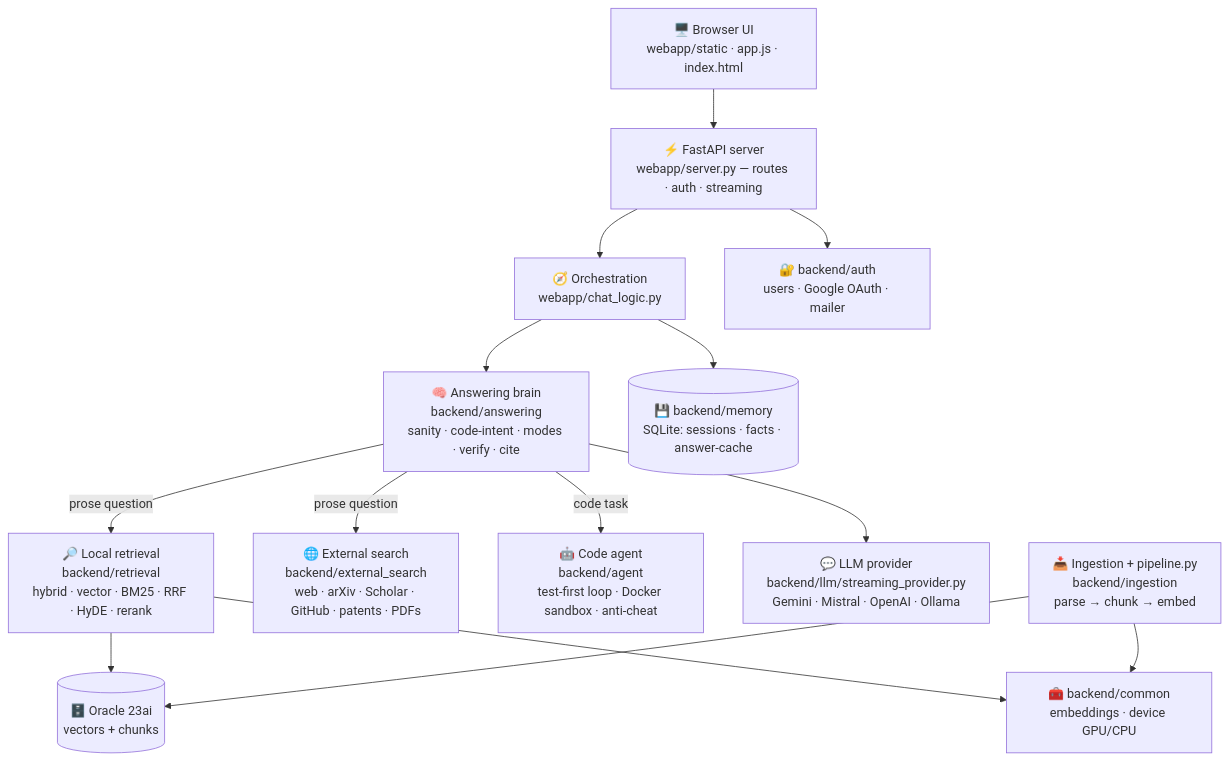
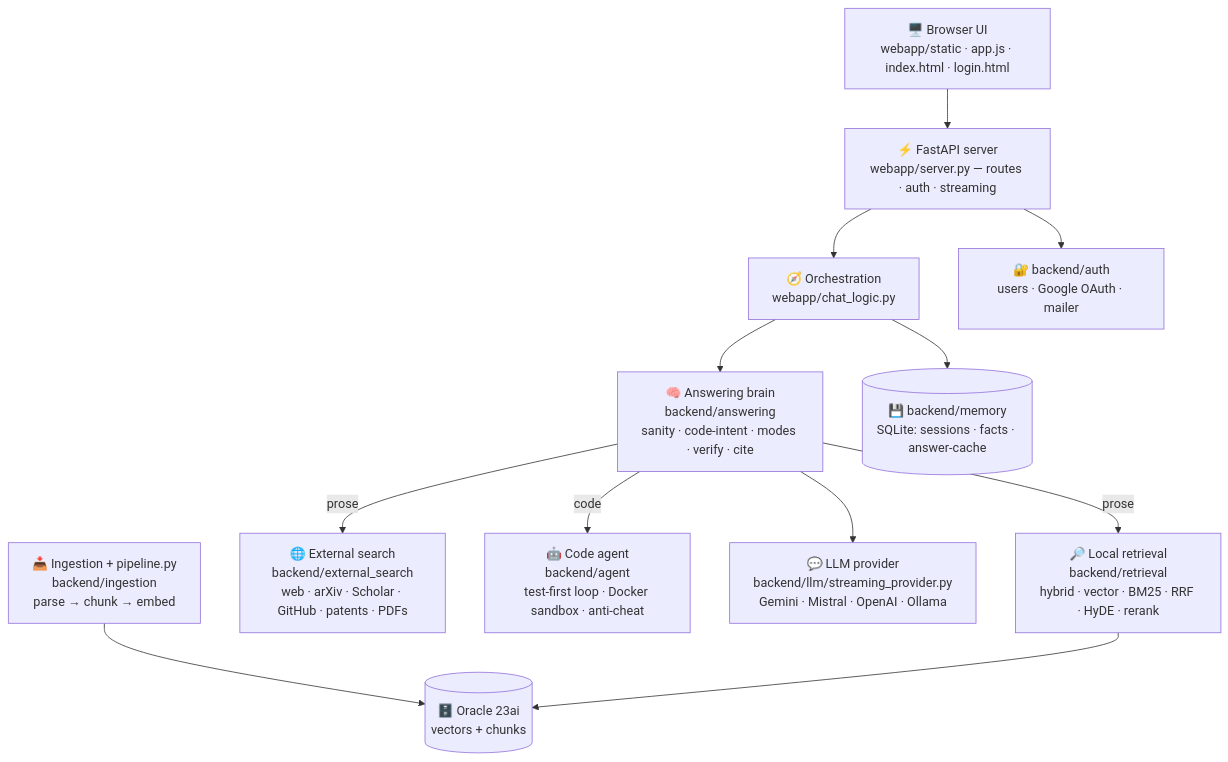
Before and after one commit to anistondeveloperteam-ANT/Audio-research-assistant: the second of 2 diagrams in README.md, drawn with Mermaid. The commit also changed other lines of this file and 21 other files, not shown here.

````diff
--- a/README.md
+++ b/README.md
@@ -264,16 +250,14 @@
 ```mermaid
 flowchart TD
-    UI["🖥️ Browser UI<br/>webapp/static · app.js · index.html"] --> SRV["⚡ FastAPI server<br/>webapp/server.py — routes · auth · streaming"]
+    UI["🖥️ Browser UI<br/>webapp/static · app.js · index.html · login.html"] --> SRV["⚡ FastAPI server<br/>webapp/server.py — routes · auth · streaming"]
     SRV --> ORC["🧭 Orchestration<br/>webapp/chat_logic.py"]
     ORC --> ANS["🧠 Answering brain<br/>backend/answering<br/>sanity · code-intent · modes · verify · cite"]
-    ANS -->|prose question| RET["🔎 Local retrieval<br/>backend/retrieval<br/>hybrid · vector · BM25 · RRF · HyDE · rerank"]
-    ANS -->|prose question| EXT["🌐 External search<br/>backend/external_search<br/>web · arXiv · Scholar · GitHub · patents · PDFs"]
-    ANS -->|code task| AGT["🤖 Code agent<br/>backend/agent<br/>test-first loop · Docker sandbox · anti-cheat"]
+    ANS -->|prose| RET["🔎 Local retrieval<br/>backend/retrieval<br/>hybrid · vector · BM25 · RRF · HyDE · rerank"]
+    ANS -->|prose| EXT["🌐 External search<br/>backend/external_search<br/>web · arXiv · Scholar · GitHub · patents · PDFs"]
+    ANS -->|code| AGT["🤖 Code agent<br/>backend/agent<br/>test-first loop · Docker sandbox · anti-cheat"]
     ANS --> LLM["💬 LLM provider<br/>backend/llm/streaming_provider.py<br/>Gemini · Mistral · OpenAI · Ollama"]
     ING["📥 Ingestion + pipeline.py<br/>backend/ingestion<br/>parse → chunk → embed"] --> DB[("🗄️ Oracle 23ai<br/>vectors + chunks")]
     RET --> DB
-    RET --> COM["🧰 backend/common<br/>embeddings · device GPU/CPU"]
-    ING --> COM
     ORC --> MEM[("💾 backend/memory<br/>SQLite: sessions · facts · answer-cache")]
     SRV --> AUTH["🔐 backend/auth<br/>users · Google OAuth · mailer"]
 ```
````
